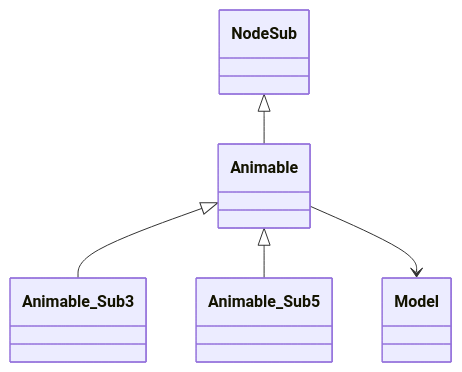
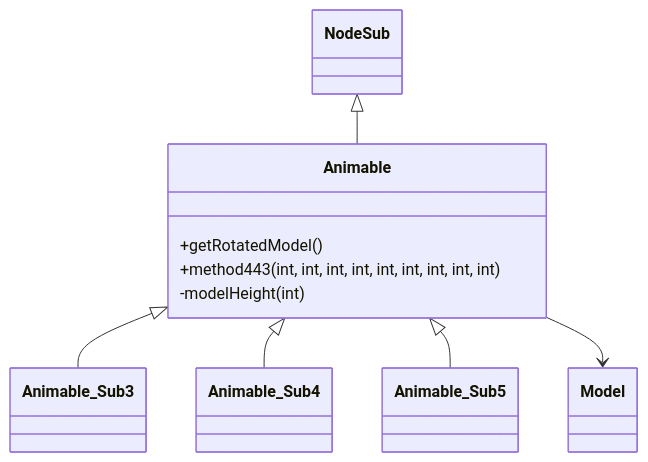
Before and after one commit to daxxog/solmud: the diagram in bytecode/mapping/evidence/verified/Animable_XHHRODPC.md, drawn with Mermaid. The commit also changed other lines of this file and 38 other files, not shown here.

````diff
--- a/bytecode/mapping/evidence/verified/Animable_XHHRODPC.md
+++ b/bytecode/mapping/evidence/verified/Animable_XHHRODPC.md
@@ -9,7 +16,11 @@
 ```mermaid
 classDiagram
     NodeSub <|-- Animable
     Animable <|-- Animable_Sub3
+    Animable <|-- Animable_Sub4
     Animable <|-- Animable_Sub5
     Animable --> Model
+    Animable : +getRotatedModel()
+    Animable : +method443(int, int, int, int, int, int, int, int, int)
+    Animable : -modelHeight (int)
 ```
````
